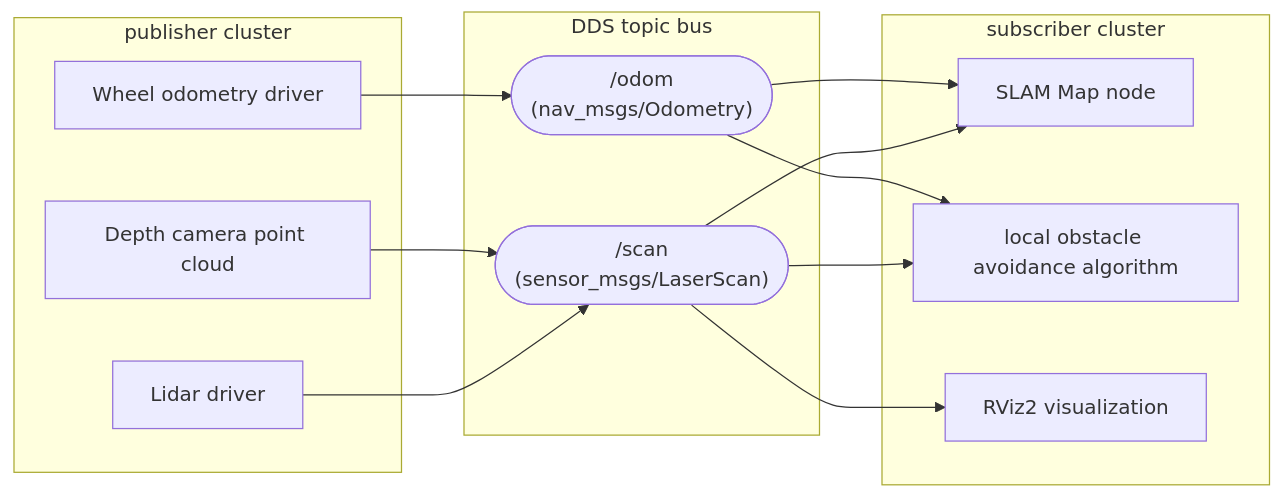
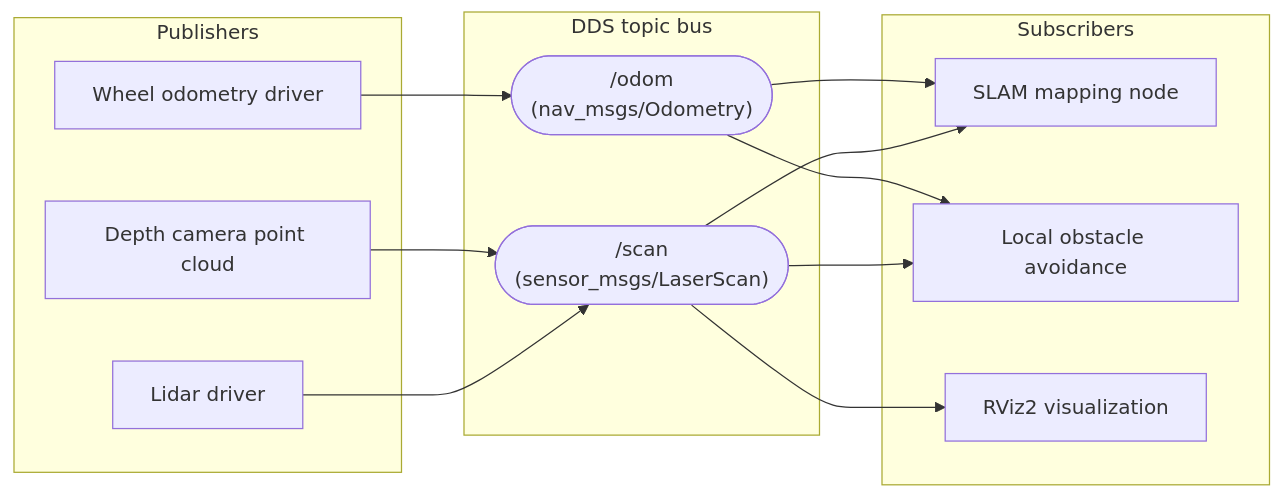
One commit to TingdeLiu/tingdeliu.github.io changed the seventh of 21 diagrams in _translations/en/research/ROS2-Survey.md. Above: the diagram before and after it, drawn with Mermaid. The commit also changed other lines of this file and 51 other files, not shown here.

````diff
--- a/_translations/en/research/ROS2-Survey.md
+++ b/_translations/en/research/ROS2-Survey.md
@@ -323,25 +323,25 @@
 ```mermaid
 flowchart LR
-    subgraph Publishers["publisher cluster"]
+    subgraph Publishers["Publishers"]
         P1["Lidar driver"]
         P2["Depth camera point cloud"]
         P3["Wheel odometry driver"]
     end
 
     subgraph Channel["DDS topic bus"]
         T1(["/scan<br/>(sensor_msgs/LaserScan)"])
         T2(["/odom<br/>(nav_msgs/Odometry)"])
     end
 
-    subgraph Subscribers["subscriber cluster"]
-        S1["SLAM Map node"]
-        S2["local obstacle avoidance algorithm"]
+    subgraph Subscribers["Subscribers"]
+        S1["SLAM mapping node"]
+        S2["Local obstacle avoidance"]
         S3["RViz2 visualization"]
     end
 
     P1 --> T1
     P2 --> T1
     P3 --> T2
     T1 --> S1 & S2 & S3
     T2 --> S1 & S2
 ```
````
